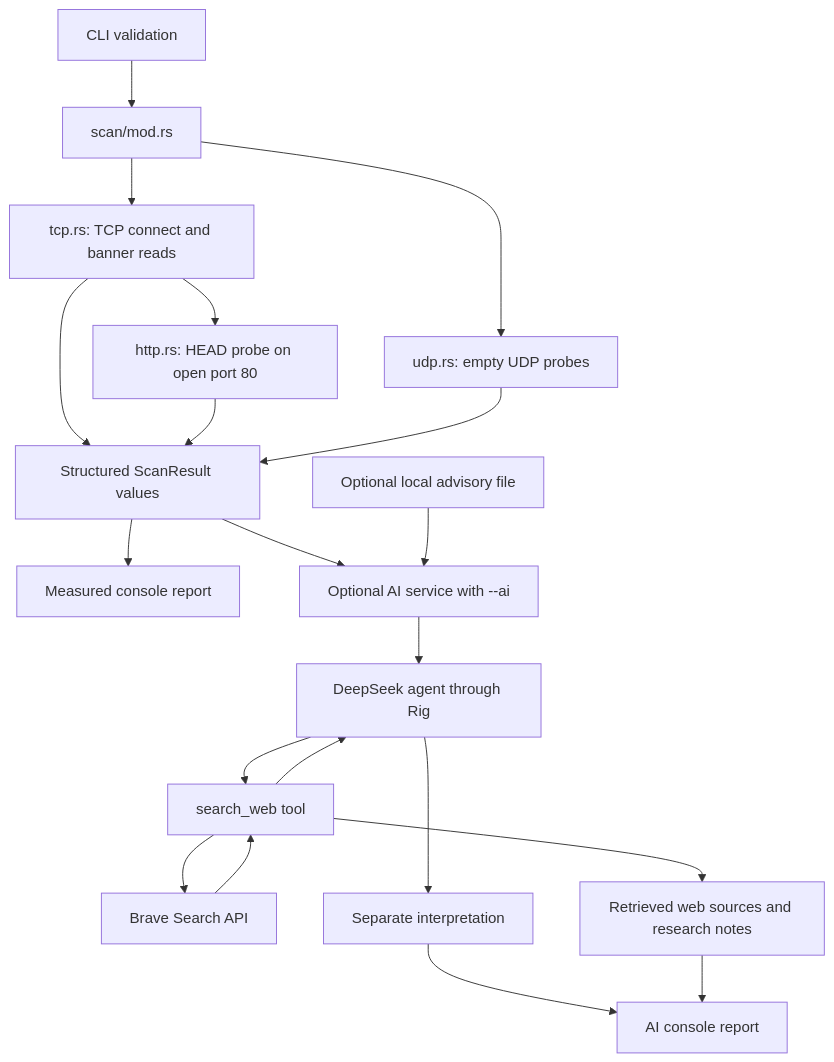
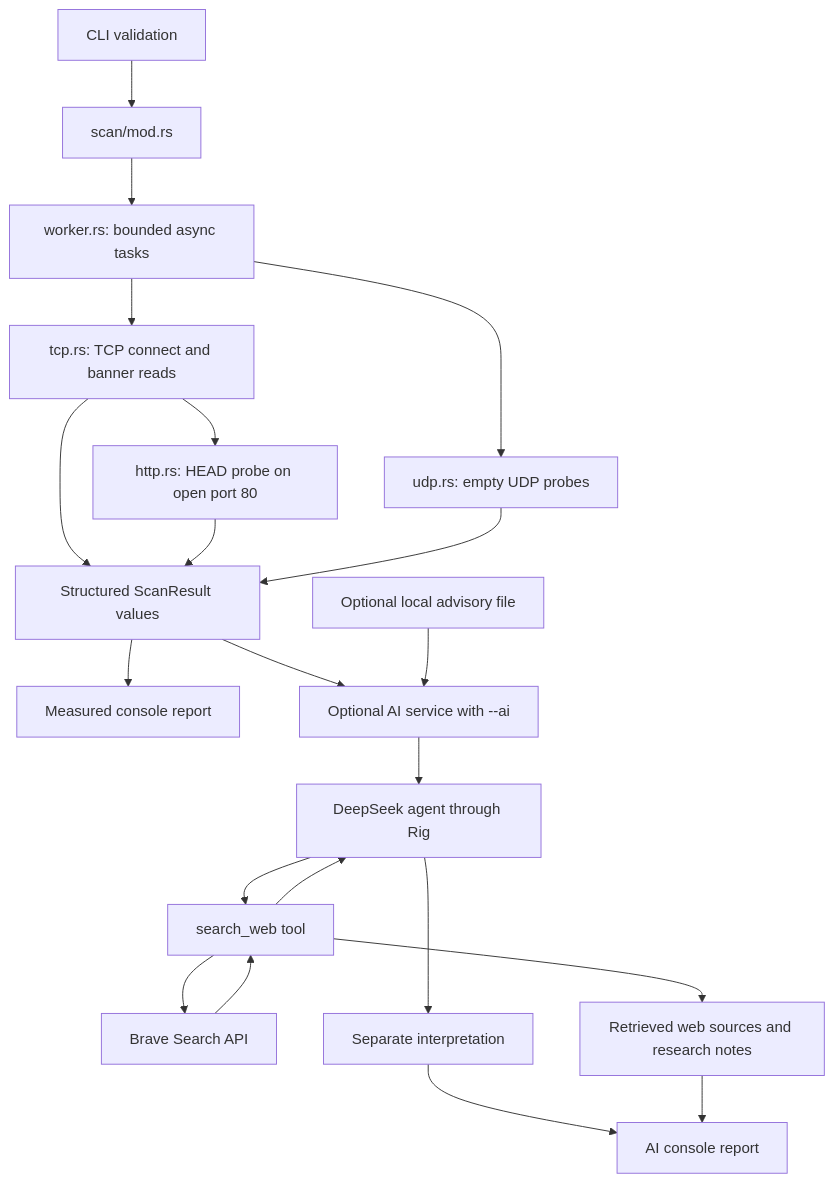
One commit to frankye961/rmap changed the diagram in docs/architecture.md. Above: the diagram before and after it, drawn with Mermaid. The commit also changed other lines of this file and 30 other files, not shown here.

Commit message:
feat: add bounded async scanning and full-scan open-port reports

````diff
--- a/docs/architecture.md
+++ b/docs/architecture.md
@@ -7,22 +7,23 @@
 ```mermaid
 flowchart TD
     CLI[CLI validation] --> Entry[scan/mod.rs]
-    Entry --> TCP[tcp.rs: TCP connect and banner reads]
-    Entry --> UDP[udp.rs: empty UDP probes]
+    Entry --> Pool[worker.rs: bounded async tasks]
+    Pool --> TCP[tcp.rs: TCP connect and banner reads]
+    Pool --> UDP[udp.rs: empty UDP probes]
     TCP --> HTTP[http.rs: HEAD probe on open port 80]
     TCP --> Results[Structured ScanResult values]
     HTTP --> Results
     UDP --> Results
     Results --> Report[Measured console report]
     Results --> AI[Optional AI service with --ai]
     Local[Optional local advisory file] --> AI
     AI --> Agent[DeepSeek agent through Rig]
     Agent --> Search[search_web tool]
     Search --> Brave[Brave Search API]
     Brave --> Search
     Search --> Agent
     Agent --> Analysis[Separate interpretation]
     Search --> Evidence[Retrieved web sources and research notes]
     Analysis --> AIReport[AI console report]
     Evidence --> AIReport
 ```
````
